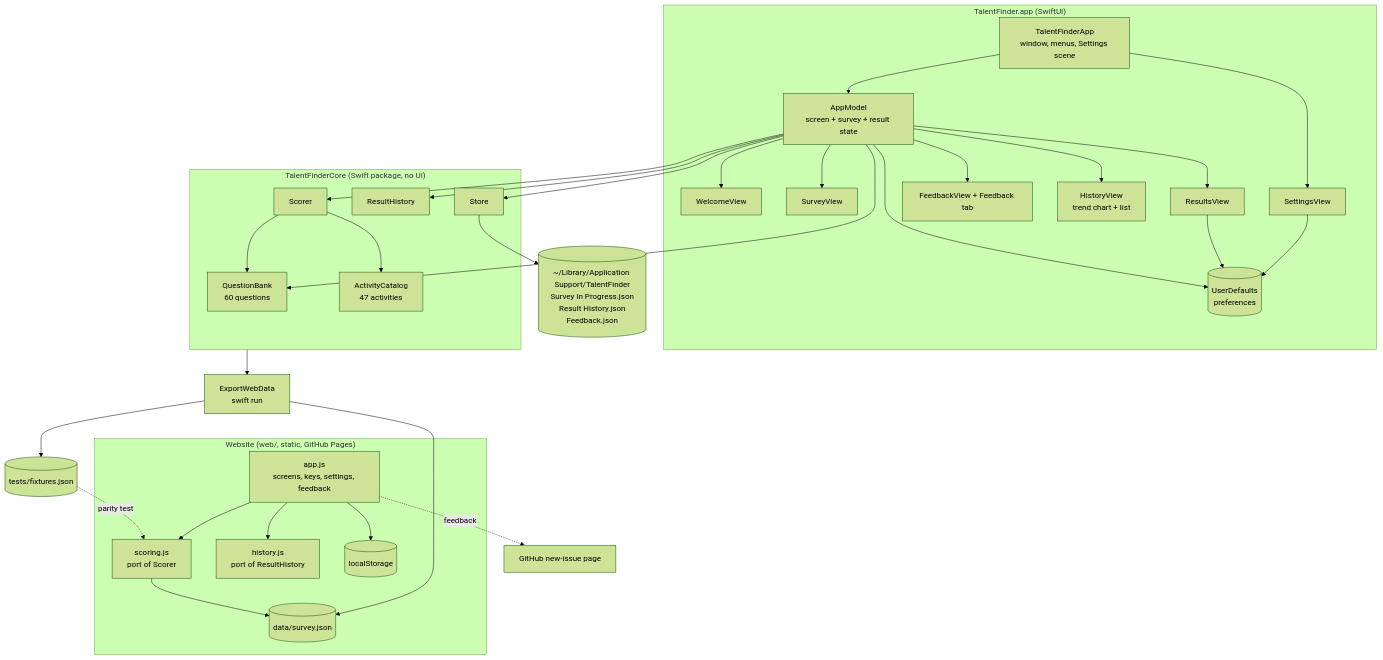
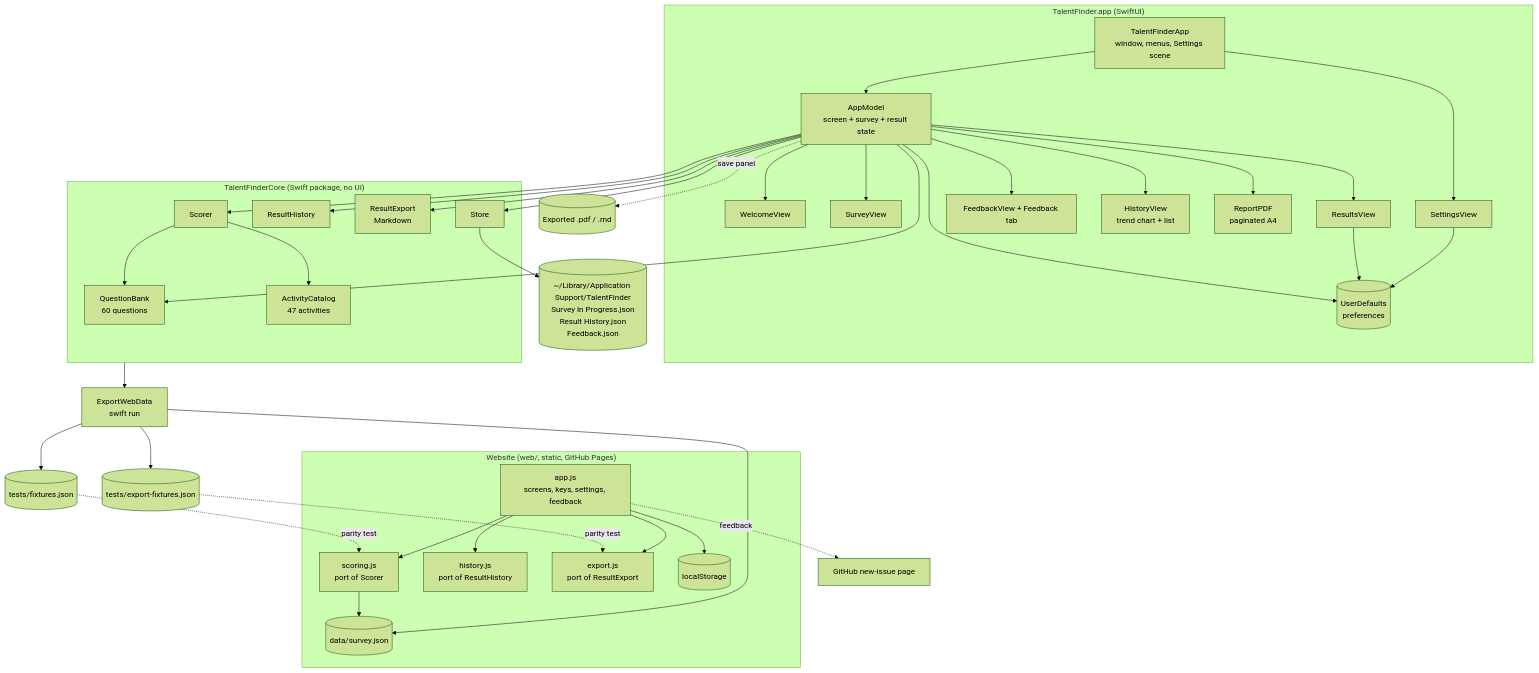
One commit to amalmehta/TalentFinder changed the diagram in docs/SYSTEM-DESIGN.md. Above: the diagram before and after it, drawn with Mermaid (forest theme). The commit also changed other lines of this file and 22 other files, not shown here.

Commit message:
Export a result as PDF or Markdown in the Mac app and on the website

````diff
--- a/docs/SYSTEM-DESIGN.md
+++ b/docs/SYSTEM-DESIGN.md
@@ -7,49 +7,58 @@
 ```mermaid
 flowchart TB
     subgraph App["TalentFinder.app (SwiftUI)"]
         TA[TalentFinderApp<br/>window, menus, Settings scene]
         AM[AppModel<br/>screen + survey + result state]
         V1[WelcomeView]
         V2[SurveyView]
         V3[ResultsView]
         V4[SettingsView]
         V5[FeedbackView + Feedback tab]
         V6[HistoryView<br/>trend chart + list]
+        PDF[ReportPDF<br/>paginated A4]
         UD[(UserDefaults<br/>preferences)]
     end
     subgraph Core["TalentFinderCore (Swift package, no UI)"]
         QB[QuestionBank<br/>60 questions]
         AC[ActivityCatalog<br/>47 activities]
         SC[Scorer]
         RH[ResultHistory]
+        RX[ResultExport<br/>Markdown]
         ST[Store]
     end
     FS[("~/Library/Application Support/TalentFinder<br/>Survey In Progress.json<br/>Result History.json<br/>Feedback.json")]
 
     TA --> AM
     AM --> V1 & V2 & V3 & V6
     AM --> RH
+    AM --> RX
+    AM --> PDF
+    AM -. save panel .-> OUT[(Exported .pdf / .md)]
     TA --> V4
     AM --> V5
     V4 & V3 & AM --> UD
     AM --> QB
     AM --> SC
     SC --> QB & AC
     AM --> ST --> FS
 
     subgraph Web["Website (web/, static, GitHub Pages)"]
         JA[app.js<br/>screens, keys, settings, feedback]
         JS[scoring.js<br/>port of Scorer]
         JH[history.js<br/>port of ResultHistory]
+        JX[export.js<br/>port of ResultExport]
         SJ[(data/survey.json)]
         LS[(localStorage)]
     end
     EX[ExportWebData<br/>swift run] --> SJ
     EX --> FX[(tests/fixtures.json)]
     Core --> EX
     JA --> JS --> SJ
     JA --> JH
+    JA --> JX
+    EX --> XF[(tests/export-fixtures.json)]
+    XF -. parity test .-> JX
     JA --> LS
     JA -. feedback .-> GH[GitHub new-issue page]
     FX -. parity test .-> JS
 ```
````
